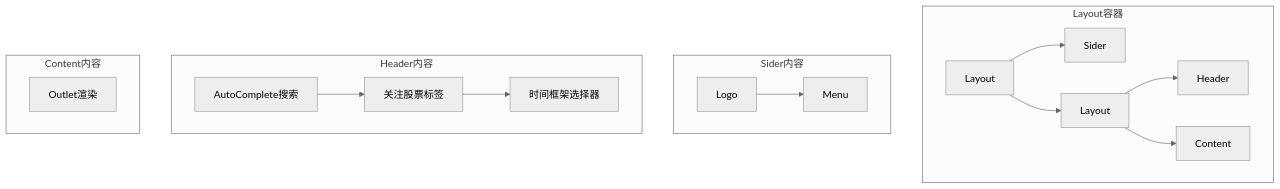
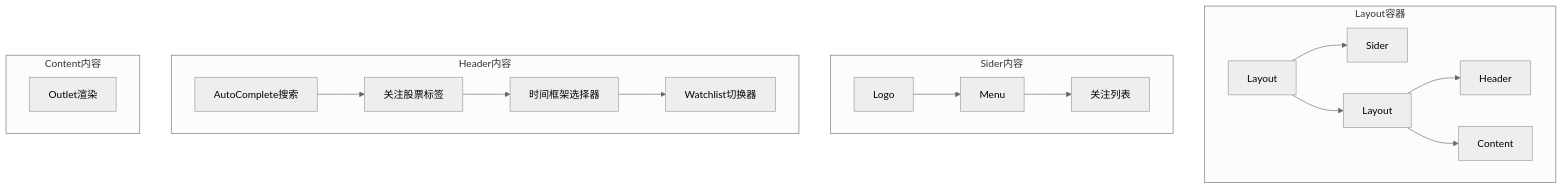
The sixth of 13 diagrams in .qoder/repowiki/zh/content/前端组件/布局组件.md (Moruime/stock_foker), drawn with Mermaid (neutral theme) before and after one commit. The commit also changed other lines of this file and 22 other files, not shown here.

````diff
--- a/.qoder/repowiki/zh/content/前端组件/布局组件.md
+++ b/.qoder/repowiki/zh/content/前端组件/布局组件.md
@@ -238,19 +280,21 @@
 ```mermaid
 graph TB
 subgraph "Layout容器"
 A[Layout] --> B[Sider]
 A --> C[Layout]
 C --> D[Header]
 C --> E[Content]
 end
 subgraph "Sider内容"
 F[Logo] --> G[Menu]
+G --> H[关注列表]
 end
 subgraph "Header内容"
-H[AutoComplete搜索] --> I[关注股票标签]
-I --> J[时间框架选择器]
+I[AutoComplete搜索] --> J[关注股票标签]
+J --> K[时间框架选择器]
+K --> L[Watchlist切换器]
 end
 subgraph "Content内容"
-K[Outlet渲染]
+M[Outlet渲染]
 end
 ```
````
